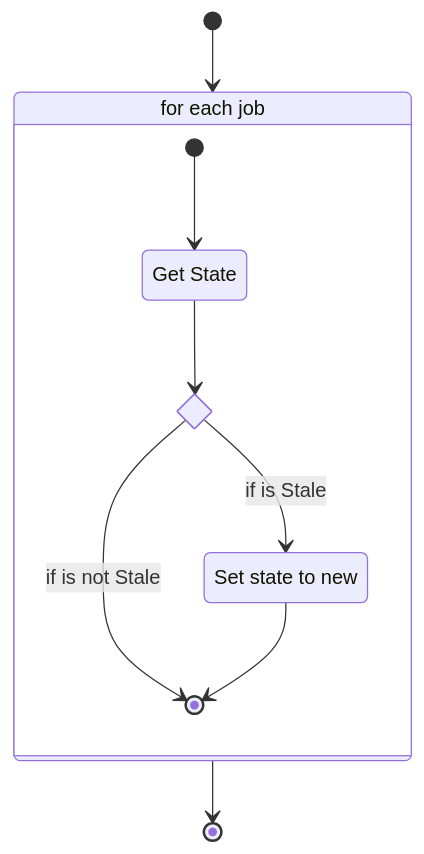
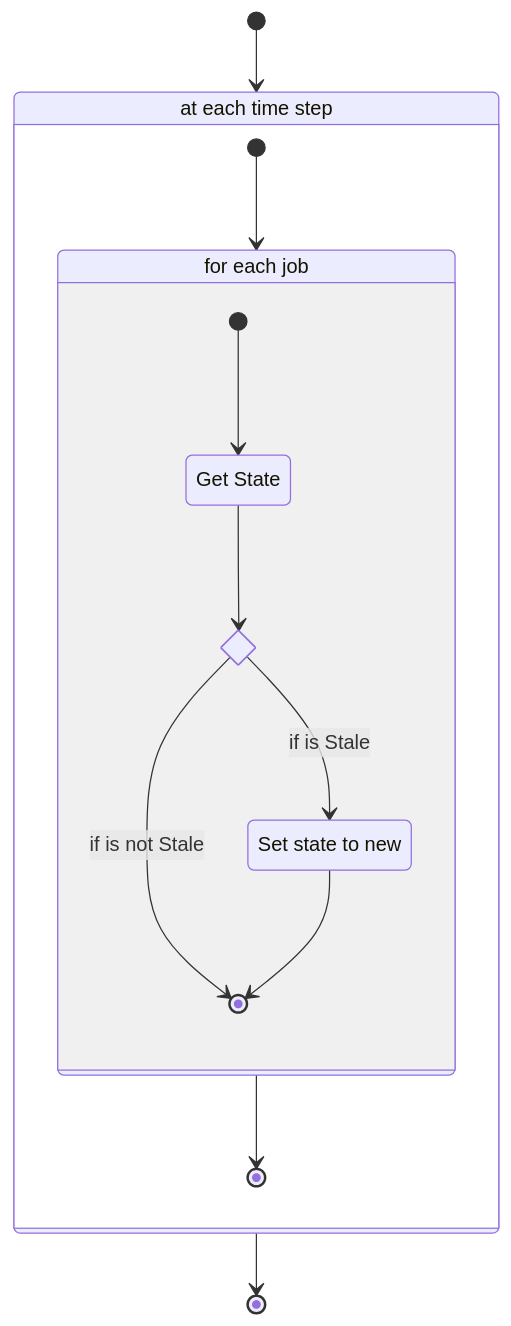
One commit to Uiowa-Applied-Topology/web_API changed the fourth of 8 diagrams in docs/unit_description/internal/job_queue.md. Above: the diagram before and after it, drawn with Mermaid. The commit also changed other lines of this file and 44 other files, not shown here.

````diff
--- a/docs/unit_description/internal/job_queue.md
+++ b/docs/unit_description/internal/job_queue.md
@@ -28,18 +49,22 @@
 ```mermaid
 
 
 stateDiagram-v2
 
+    [*] --> ts
+    state "at each time step" as ts {
     [*] --> for
     state "for each job" as for {
     state if_state <<choice>>
     state "Get State" as staleChk
     state "Set state to new" as setNew
     [*] --> staleChk
      staleChk --> if_state
     if_state --> setNew: if is Stale
     if_state --> [*] : if is not Stale
     setNew --> [*]
     }
     for   --> [*]
+    }
+    ts   --> [*]
 ```
````
